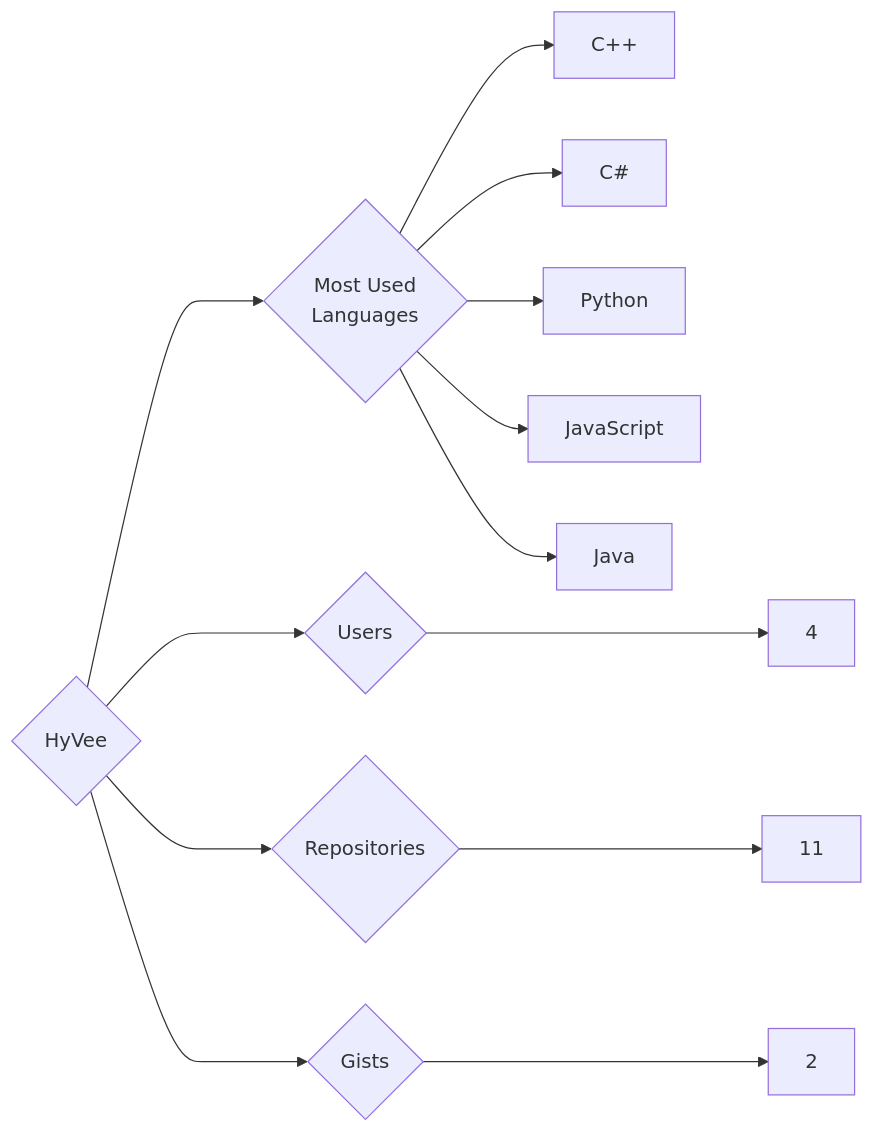
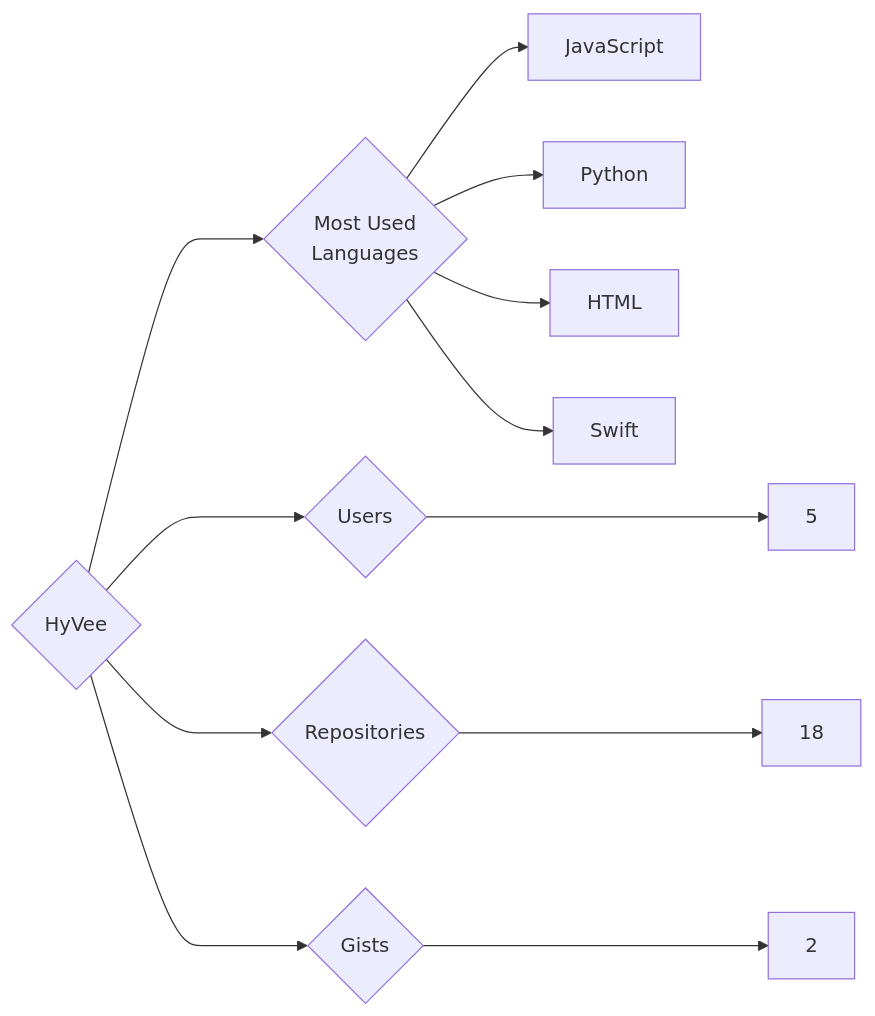
Before and after one commit to trickest/insiders: the diagram in targets/HyVee/README.md, drawn with Mermaid. The commit also changed 1212 other files, not shown here.

````diff
--- a/targets/HyVee/README.md
+++ b/targets/HyVee/README.md
@@ -3,13 +3,12 @@
 ```mermaid
 graph LR
 COMPANY_NAME{HyVee}
-COMPANY_NAME ---> U{Users} ---> UN[4]
-COMPANY_NAME ---> R{Repositories} ---> RN[11]
+COMPANY_NAME ---> U{Users} ---> UN[5]
+COMPANY_NAME ---> R{Repositories} ---> RN[18]
 COMPANY_NAME ---> G{Gists} ---> GN[2]
 COMPANY_NAME ---> ML{Most Used<br>Languages}
-ML --> C++[C++]
-ML --> C#[C#]
+ML --> JavaScript[JavaScript]
 ML --> Python[Python]
-ML --> JavaScript[JavaScript]
-ML --> Java[Java]
+ML --> HTML[HTML]
+ML --> Swift[Swift]
 ```
````
